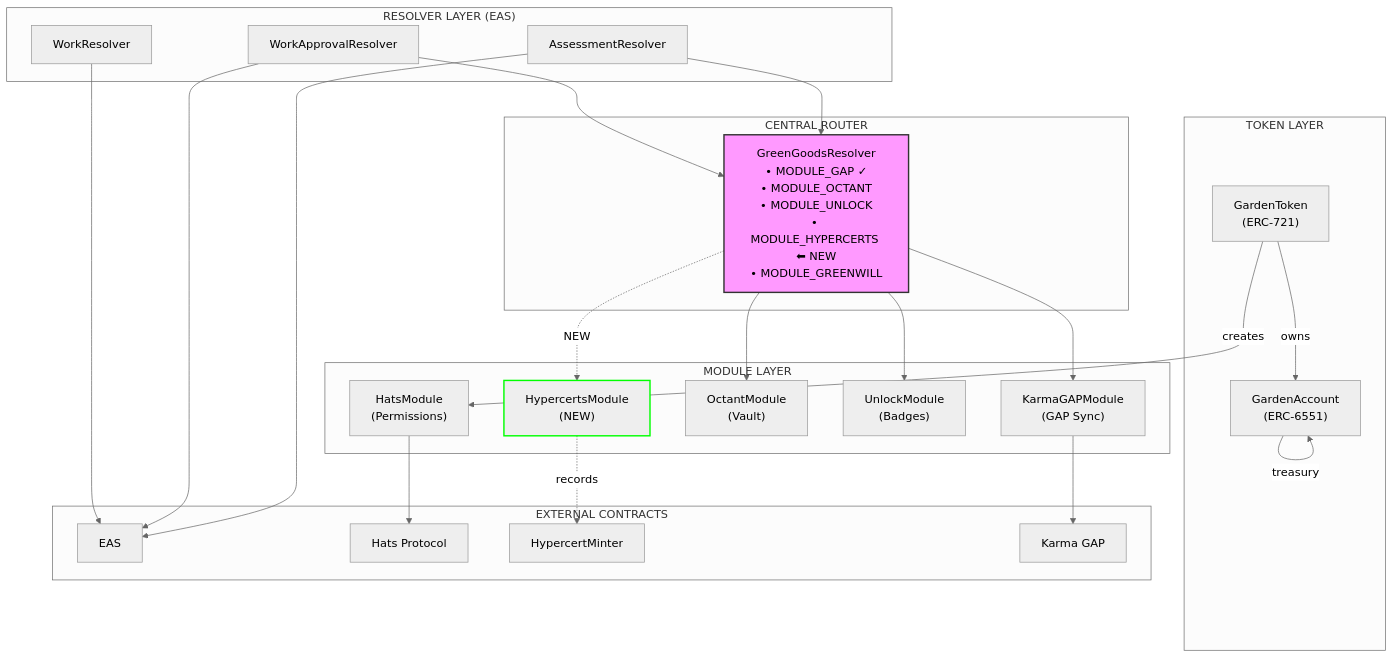
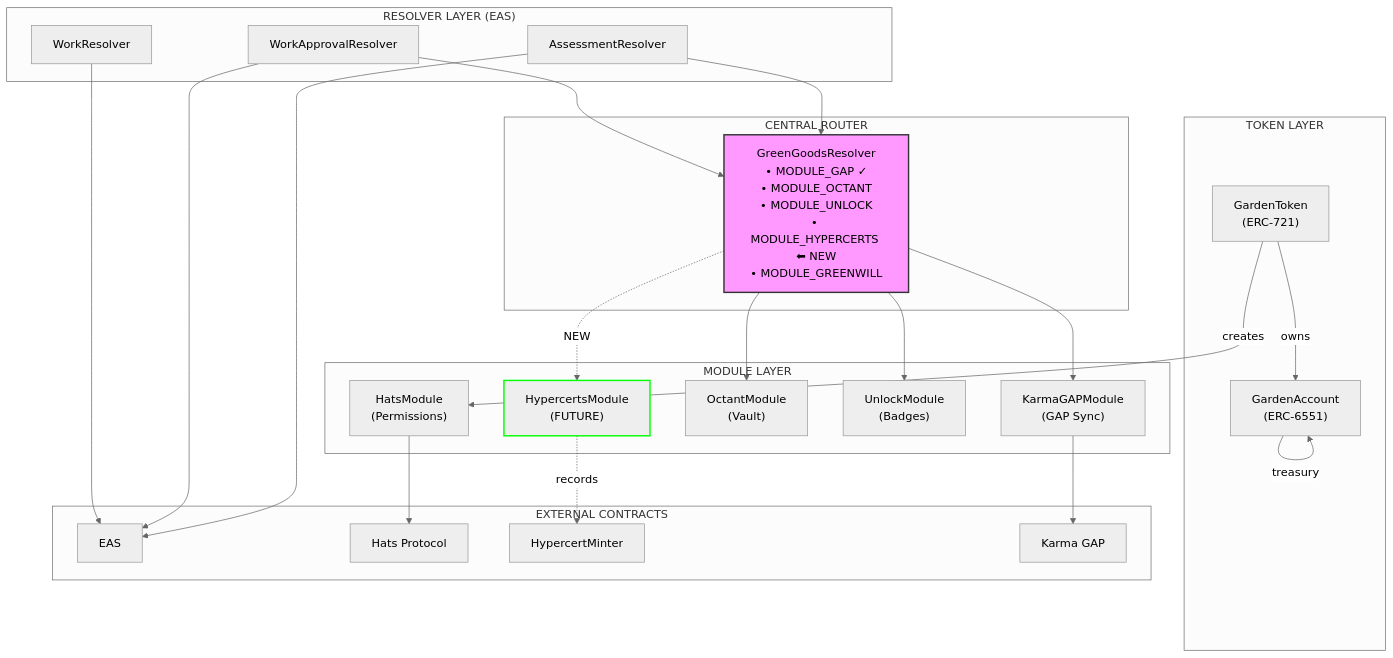
One commit to greenpill-dev-guild/green-goods changed the second of 12 diagrams in docs/docs/specs/hypercerts/technical-spec.md. Above: the diagram before and after it, drawn with Mermaid (neutral theme). The commit also changed other lines of this file and 28 other files, not shown here.

````diff
--- a/docs/docs/specs/hypercerts/technical-spec.md
+++ b/docs/docs/specs/hypercerts/technical-spec.md
@@ -146,54 +149,54 @@
 ```mermaid
 flowchart TD
     subgraph Tokens["TOKEN LAYER"]
         GT["GardenToken<br/>(ERC-721)"]
         GA["GardenAccount<br/>(ERC-6551)"]
         GT -->|"owns"| GA
     end
 
     subgraph Resolvers["RESOLVER LAYER (EAS)"]
         WR["WorkResolver"]
         WAR["WorkApprovalResolver"]
         AR["AssessmentResolver"]
     end
 
     subgraph Router["CENTRAL ROUTER"]
         GGR["GreenGoodsResolver<br/>• MODULE_GAP ✓<br/>• MODULE_OCTANT<br/>• MODULE_UNLOCK<br/>• MODULE_HYPERCERTS ⬅ NEW<br/>• MODULE_GREENWILL"]
     end
 
     subgraph Modules["MODULE LAYER"]
         HM["HatsModule<br/>(Permissions)"]
         KM["KarmaGAPModule<br/>(GAP Sync)"]
         OM["OctantModule<br/>(Vault)"]
         UM["UnlockModule<br/>(Badges)"]
-        HCM["HypercertsModule<br/>(NEW)"]
+        HCM["HypercertsModule<br/>(FUTURE)"]
     end
 
     subgraph External["EXTERNAL CONTRACTS"]
         EAS["EAS"]
         Hats["Hats Protocol"]
         HCMinter["HypercertMinter"]
         GAP["Karma GAP"]
     end
 
     GT -->|"creates"| HM
     GA -->|"treasury"| GA
 
     WR --> EAS
     WAR --> EAS
     WAR --> GGR
     AR --> EAS
     AR --> GGR
 
     GGR --> KM
     GGR --> OM
     GGR --> UM
     GGR -.->|"NEW"| HCM
 
     HM --> Hats
     KM --> GAP
     HCM -.->|"records"| HCMinter
 
     style HCM stroke:#00ff00,stroke-width:2px
     style GGR fill:#f9f,stroke:#333,stroke-width:2px
 ```
````
